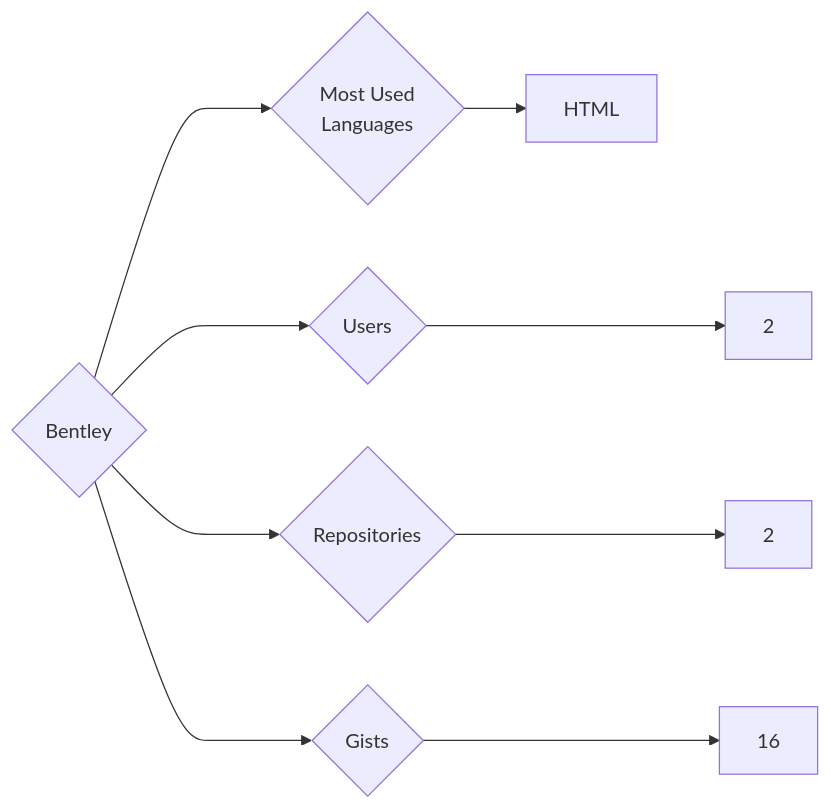
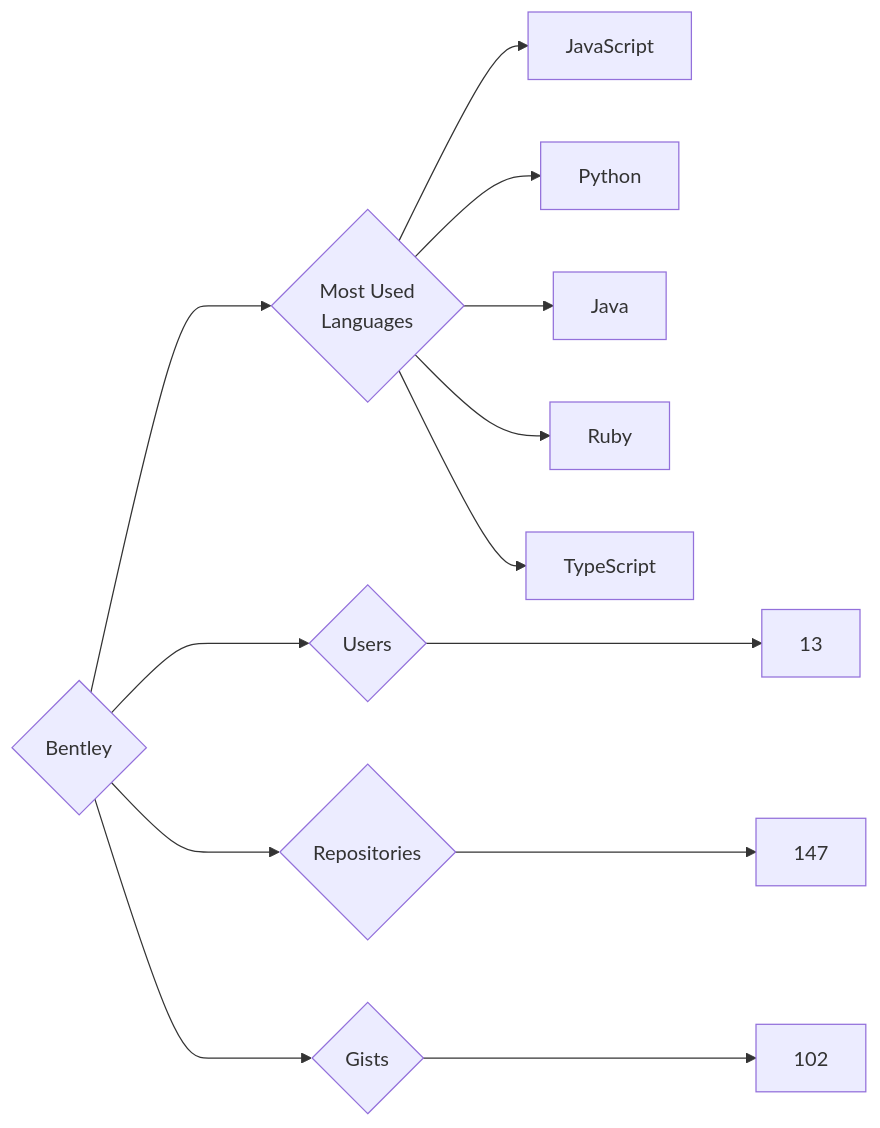
The diagram in targets/Bentley/README.md (trickest/insiders), drawn with Mermaid before and after one commit. The commit also changed 775 other files, not shown here.

````diff
--- a/targets/Bentley/README.md
+++ b/targets/Bentley/README.md
@@ -3,9 +3,13 @@
 ```mermaid
 graph LR
 COMPANY_NAME{Bentley}
-COMPANY_NAME ---> U{Users} ---> UN[2]
-COMPANY_NAME ---> R{Repositories} ---> RN[2]
-COMPANY_NAME ---> G{Gists} ---> GN[16]
+COMPANY_NAME ---> U{Users} ---> UN[13]
+COMPANY_NAME ---> R{Repositories} ---> RN[147]
+COMPANY_NAME ---> G{Gists} ---> GN[102]
 COMPANY_NAME ---> ML{Most Used<br>Languages}
-ML --> HTML[HTML]
+ML --> JavaScript[JavaScript]
+ML --> Python[Python]
+ML --> Java[Java]
+ML --> Ruby[Ruby]
+ML --> TypeScript[TypeScript]
 ```
````
